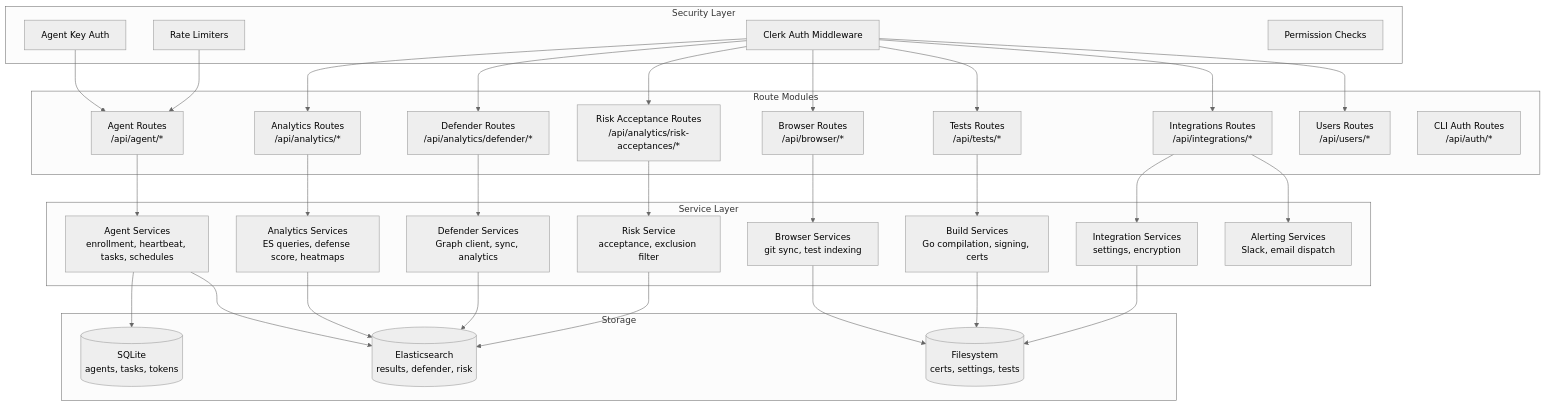
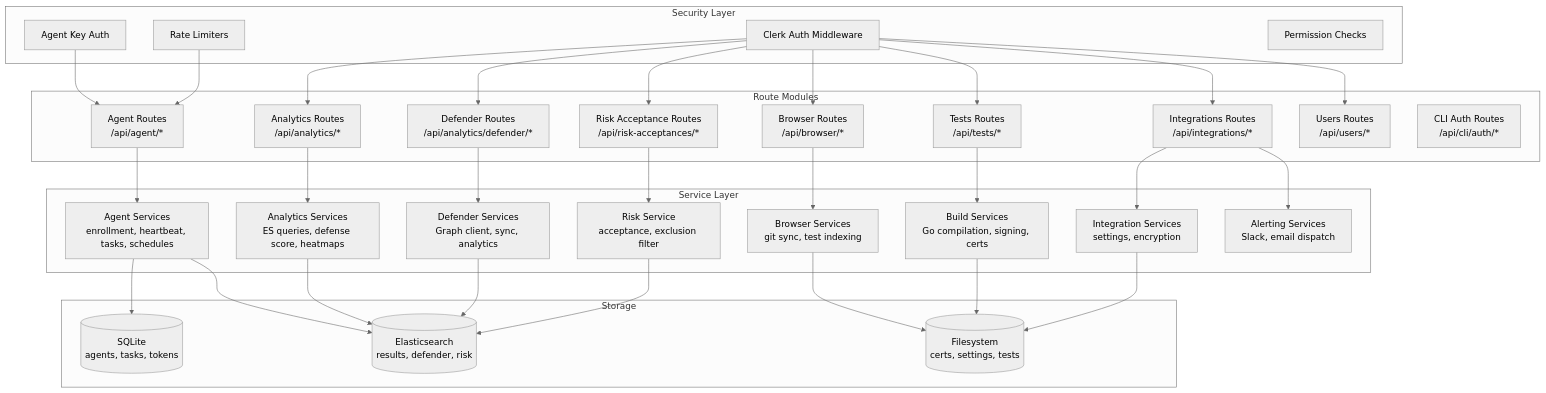
The diagram in wiki/docs/api-reference/overview.md (projectachilles/ProjectAchilles), drawn with Mermaid (neutral theme) before and after one commit. The commit also changed other lines of this file and 136 other files, not shown here.

````diff
--- a/wiki/docs/api-reference/overview.md
+++ b/wiki/docs/api-reference/overview.md
@@ -96,66 +225,66 @@
 ```mermaid
 graph TB
     subgraph "Security Layer"
         CLERK[Clerk Auth Middleware]
         AGENTAUTH[Agent Key Auth]
         RATE[Rate Limiters]
         PERM[Permission Checks]
     end
 
     subgraph "Route Modules"
         AGENT[Agent Routes<br/>/api/agent/*]
         ANALYTICS[Analytics Routes<br/>/api/analytics/*]
         BROWSER[Browser Routes<br/>/api/browser/*]
         TESTS[Tests Routes<br/>/api/tests/*]
         INTEGRATIONS[Integrations Routes<br/>/api/integrations/*]
         DEFENDER[Defender Routes<br/>/api/analytics/defender/*]
-        RISK[Risk Acceptance Routes<br/>/api/analytics/risk-acceptances/*]
+        RISK[Risk Acceptance Routes<br/>/api/risk-acceptances/*]
         USERS[Users Routes<br/>/api/users/*]
-        AUTH[CLI Auth Routes<br/>/api/auth/*]
+        AUTH[CLI Auth Routes<br/>/api/cli/auth/*]
     end
 
     subgraph "Service Layer"
         AGENT_SVC[Agent Services<br/>enrollment, heartbeat, tasks, schedules]
         ANALYTICS_SVC[Analytics Services<br/>ES queries, defense score, heatmaps]
         BROWSER_SVC[Browser Services<br/>git sync, test indexing]
         BUILD_SVC[Build Services<br/>Go compilation, signing, certs]
         INTEG_SVC[Integration Services<br/>settings, encryption]
         DEFENDER_SVC[Defender Services<br/>Graph client, sync, analytics]
         RISK_SVC[Risk Service<br/>acceptance, exclusion filter]
         ALERT_SVC[Alerting Services<br/>Slack, email dispatch]
     end
 
     subgraph "Storage"
         SQLITE[(SQLite<br/>agents, tasks, tokens)]
         ES[(Elasticsearch<br/>results, defender, risk)]
         FS[(Filesystem<br/>certs, settings, tests)]
     end
 
     CLERK --> ANALYTICS
     CLERK --> BROWSER
     CLERK --> TESTS
     CLERK --> INTEGRATIONS
     CLERK --> DEFENDER
     CLERK --> RISK
     CLERK --> USERS
     AGENTAUTH --> AGENT
     RATE --> AGENT
 
     AGENT --> AGENT_SVC
     ANALYTICS --> ANALYTICS_SVC
     BROWSER --> BROWSER_SVC
     TESTS --> BUILD_SVC
     INTEGRATIONS --> INTEG_SVC
     DEFENDER --> DEFENDER_SVC
     RISK --> RISK_SVC
     INTEGRATIONS --> ALERT_SVC
 
     AGENT_SVC --> SQLITE
     AGENT_SVC --> ES
     ANALYTICS_SVC --> ES
     BROWSER_SVC --> FS
     BUILD_SVC --> FS
     INTEG_SVC --> FS
     DEFENDER_SVC --> ES
     RISK_SVC --> ES
 ```
````
